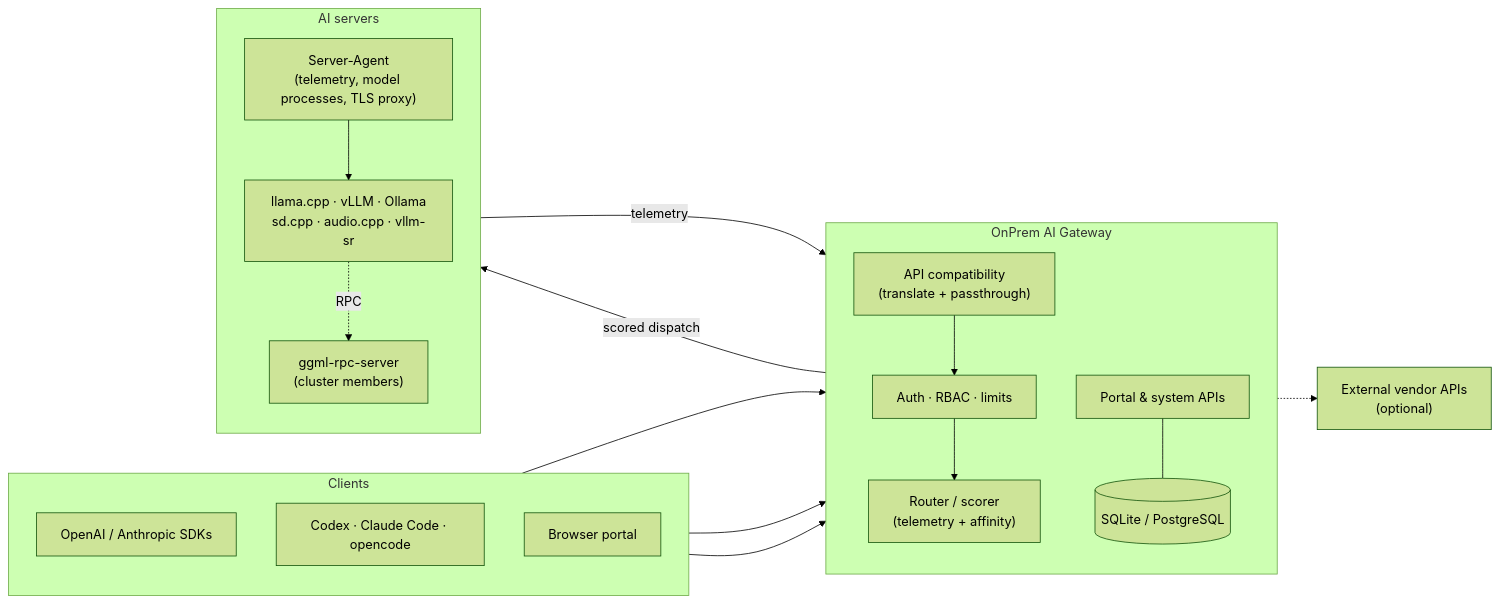
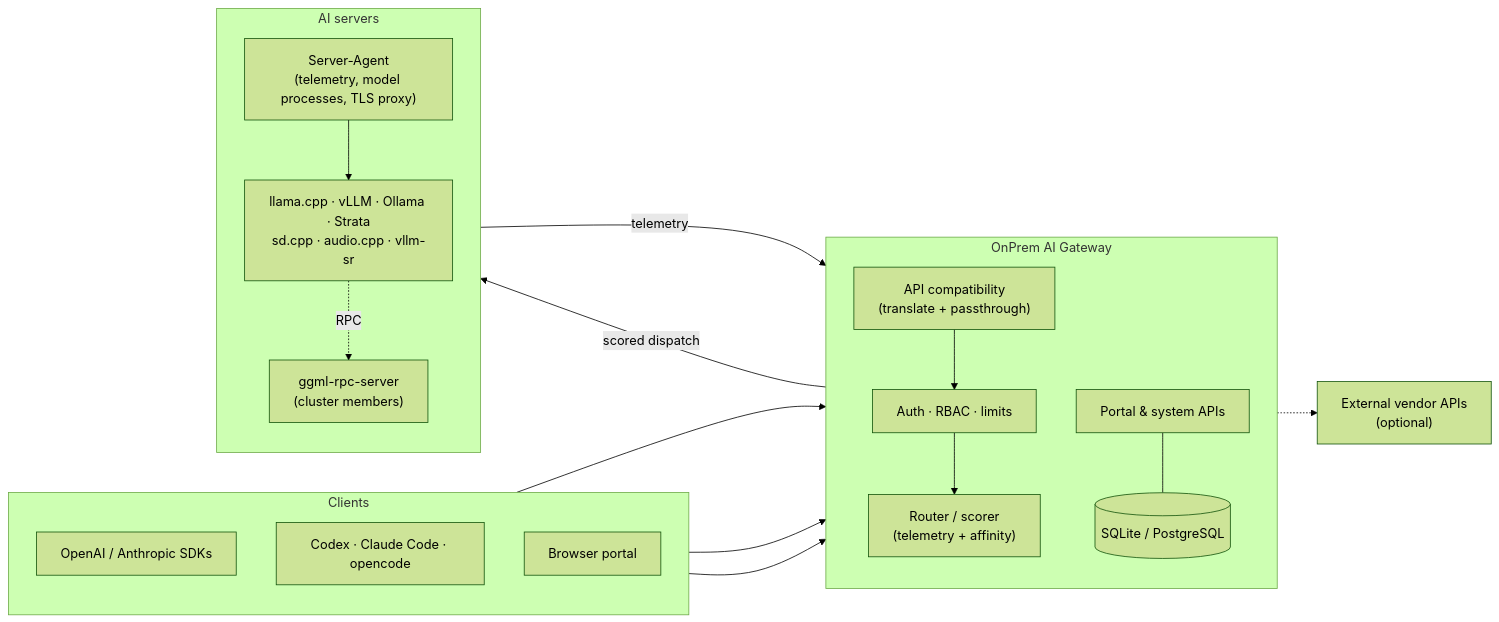
Before and after one commit to JLor08/op-ai-gateway: the diagram in README.md, drawn with Mermaid (forest theme). The commit also changed other lines of this file and 108 other files, not shown here.

````diff
--- a/README.md
+++ b/README.md
@@ -202,38 +205,38 @@
 ```mermaid
 flowchart LR
     subgraph clients ["Clients"]
         direction TB
         sdk["OpenAI / Anthropic SDKs"]
         agents["Codex · Claude Code · opencode"]
         browser["Browser portal"]
     end
 
     subgraph gateway ["OnPrem AI Gateway"]
         direction TB
         compat["API compatibility<br/>(translate + passthrough)"]
         auth["Auth · RBAC · limits"]
         router["Router / scorer<br/>(telemetry + affinity)"]
         portal["Portal & system APIs"]
         db[("SQLite / PostgreSQL")]
     end
 
     subgraph fleet ["AI servers"]
         direction TB
         agent["Server-Agent<br/>(telemetry, model processes, TLS proxy)"]
-        srv1["llama.cpp · vLLM · Ollama<br/>sd.cpp · audio.cpp · vllm-sr"]
+        srv1["llama.cpp · vLLM · Ollama · Strata<br/>sd.cpp · audio.cpp · vllm-sr"]
         member["ggml-rpc-server<br/>(cluster members)"]
     end
 
     vendors["External vendor APIs<br/>(optional)"]
 
     sdk --> compat
     agents --> compat
     browser --> portal
     compat --> auth --> router
     router -->|"scored dispatch"| agent
     agent --> srv1
     srv1 -.->|"RPC"| member
     router -.-> vendors
     agent -->|"telemetry"| router
     portal --- db
 ```
````
